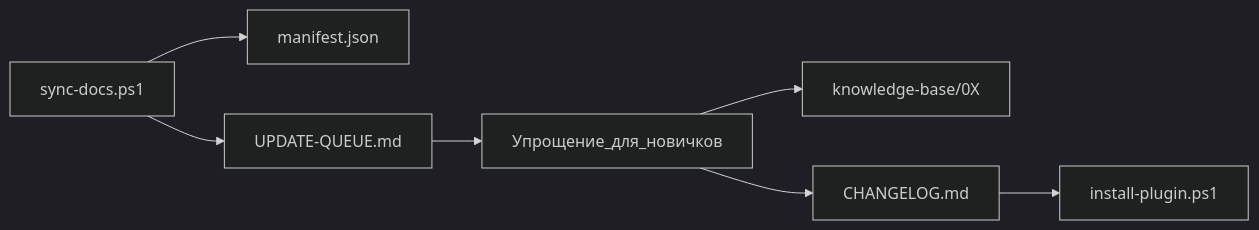
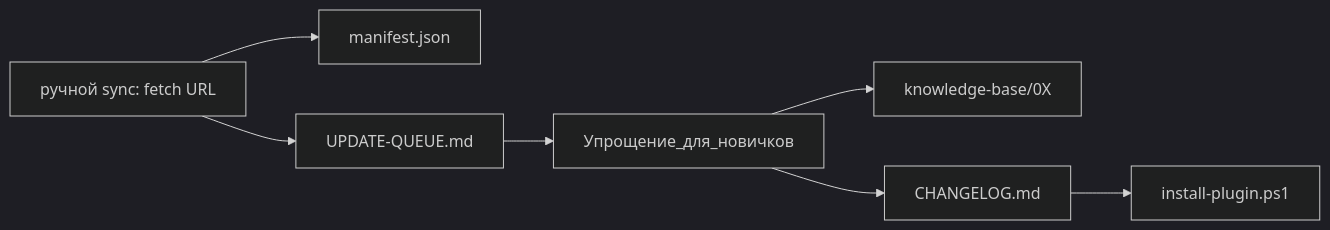
Before and after one commit to Dmitrii777WR/t-800-agent: the diagram in shared/knowledge-update-contract.md, drawn with Mermaid (dark theme). The commit also changed other lines of this file and 37 other files, not shown here.

````diff
--- a/shared/knowledge-update-contract.md
+++ b/shared/knowledge-update-contract.md
@@ -16,9 +16,9 @@
 ```mermaid
 flowchart LR
-    sync[sync-docs.ps1] --> manifest[manifest.json]
+    sync[ручной sync: fetch URL] --> manifest[manifest.json]
     sync --> queue[UPDATE-QUEUE.md]
     queue --> human[Упрощение_для_новичков]
     human --> kb[knowledge-base/0X]
     human --> changelog[CHANGELOG.md]
     changelog --> install[install-plugin.ps1]
 ```
````
